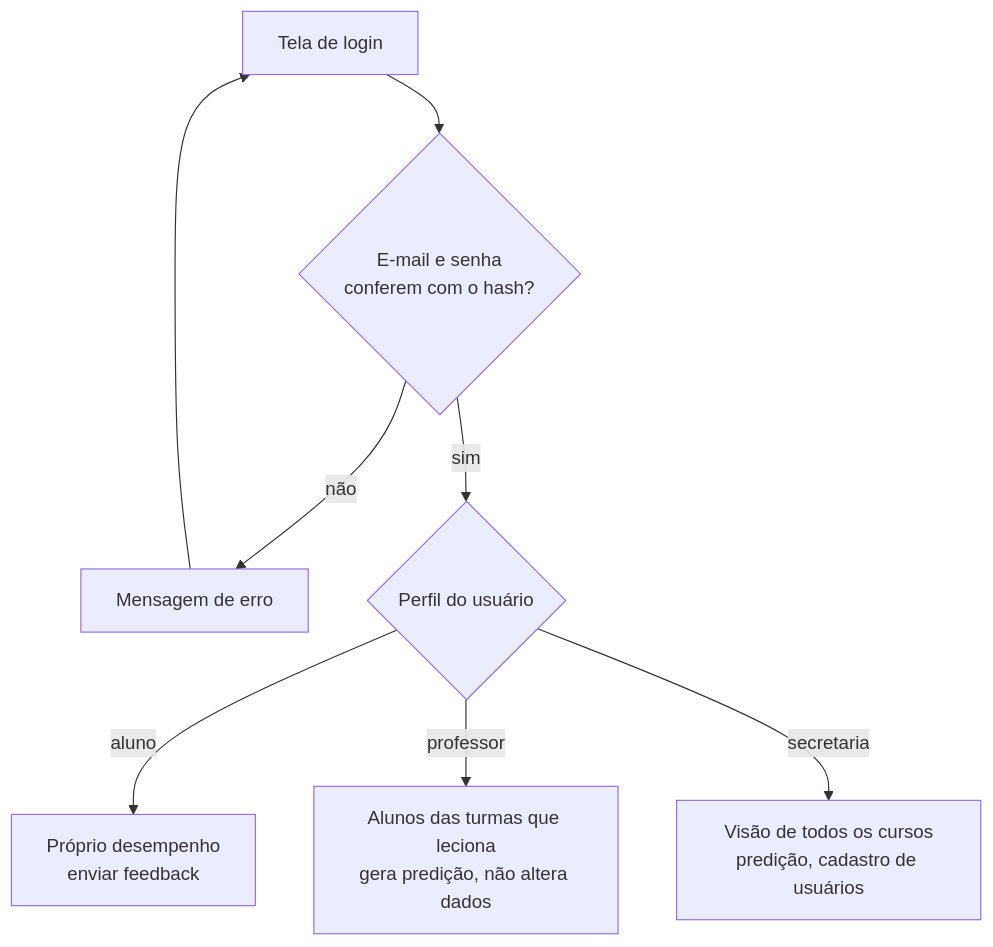
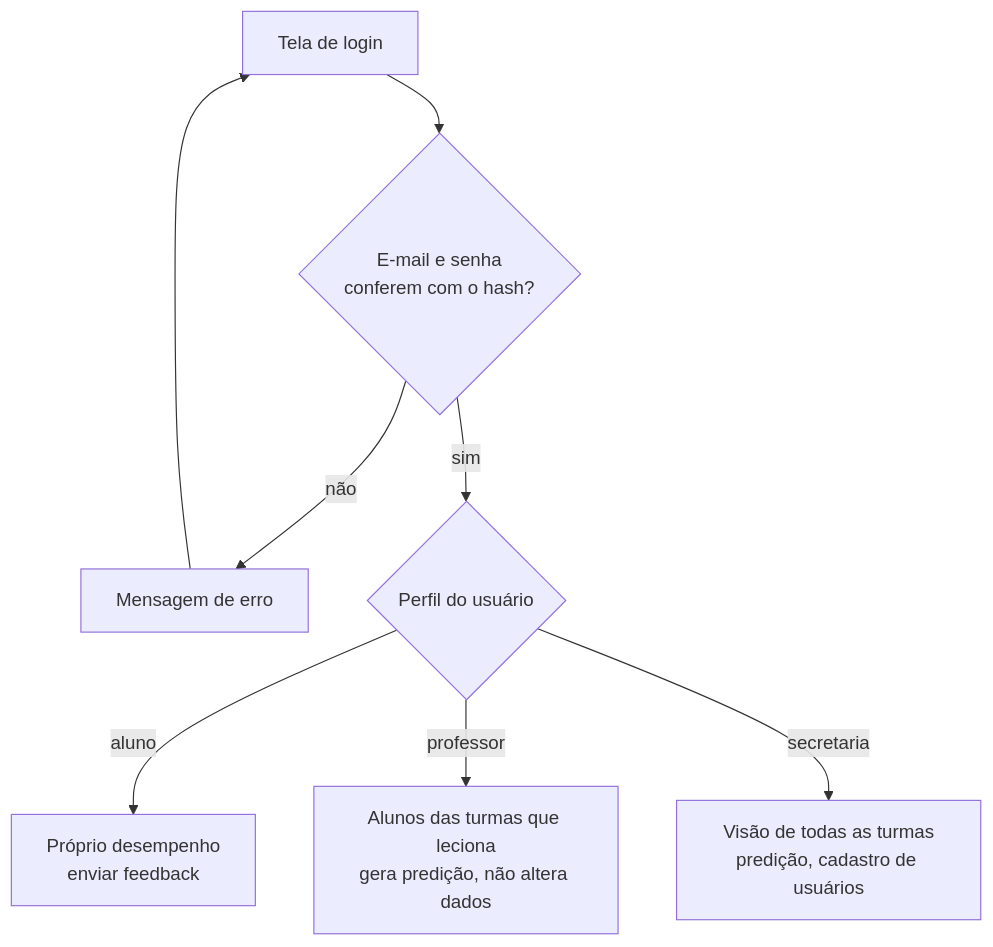
Before and after one commit to DiegoGDutra/Projeto-Espiada: the second of 4 diagrams in readme.md, drawn with Mermaid. The commit also changed other lines of this file and 9 other files, not shown here.

````diff
--- a/readme.md
+++ b/readme.md
@@ -217,9 +235,9 @@
 ```mermaid
 flowchart TD
     A["Tela de login"] --> B{"E-mail e senha<br/>conferem com o hash?"}
     B -->|não| E["Mensagem de erro"] --> A
     B -->|sim| C{"Perfil do usuário"}
     C -->|aluno| AL["Próprio desempenho<br/>enviar feedback"]
     C -->|professor| PR["Alunos das turmas que leciona<br/>gera predição, não altera dados"]
-    C -->|secretaria| SE["Visão de todos os cursos<br/>predição, cadastro de usuários"]
+    C -->|secretaria| SE["Visão de todas as turmas<br/>predição, cadastro de usuários"]
 ```
````
